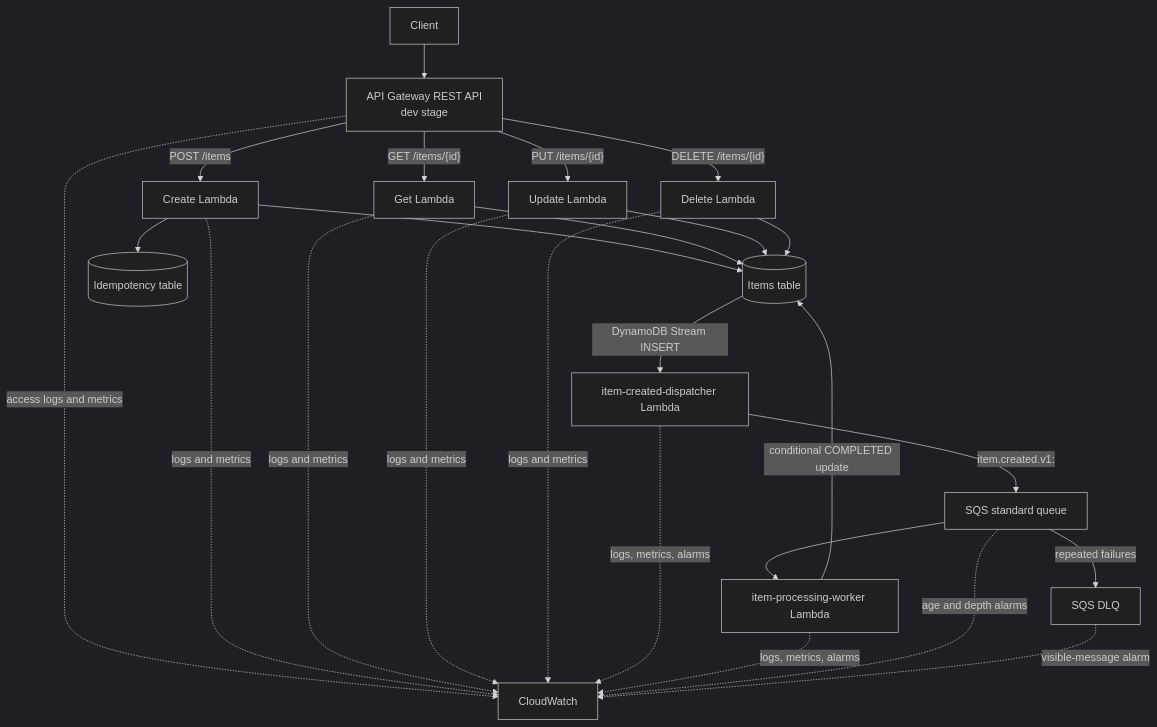
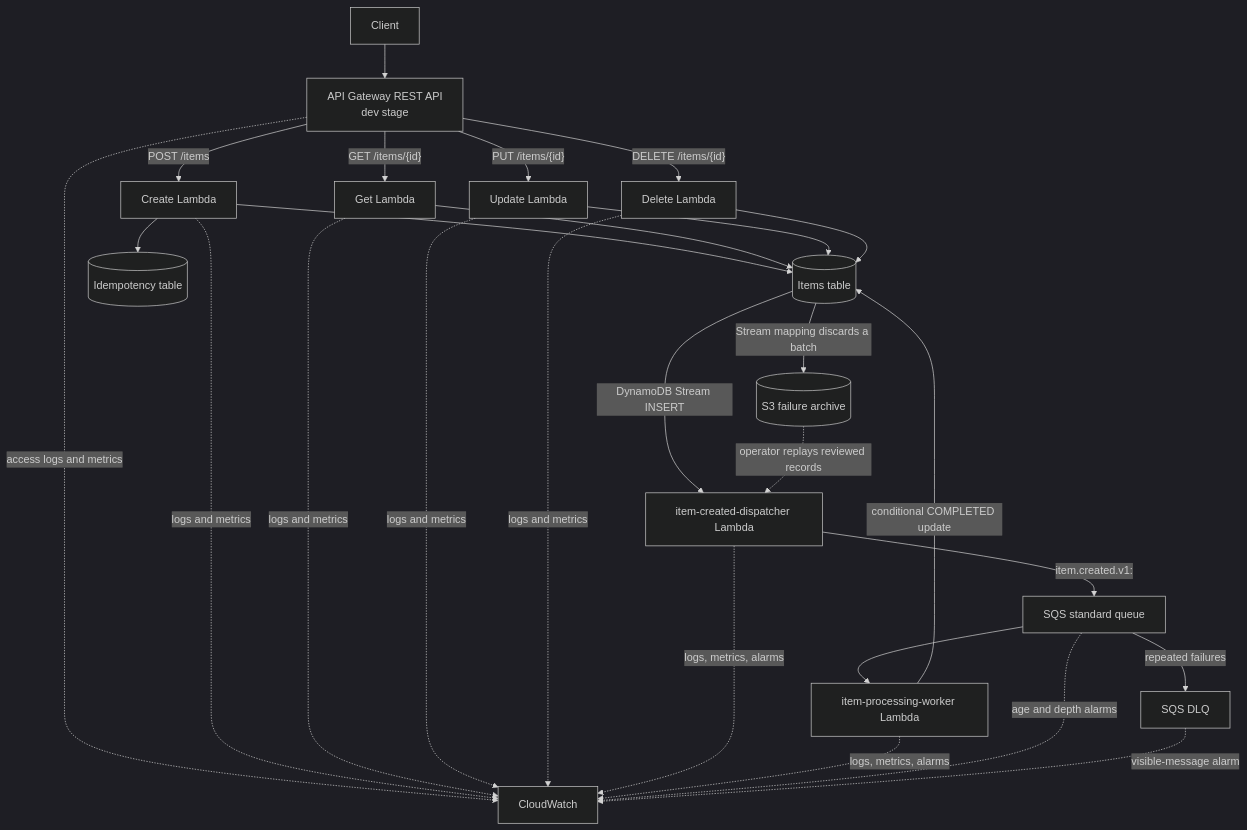
One commit to hongzz0618/aws-serverless-api-backend changed the diagram in README.md. Above: the diagram before and after it, drawn with Mermaid (dark theme). The commit also changed other lines of this file and 9 other files, not shown here.

Commit message:
feat(reliability): add DynamoDB Stream failure recovery

````diff
--- a/README.md
+++ b/README.md
@@ -24,31 +25,33 @@
 ```mermaid
 flowchart TB
     Client[Client] --> APIGW["API Gateway REST API<br/>dev stage"]
 
     APIGW -->|"POST /items"| Create["Create Lambda"]
     APIGW -->|"GET /items/{id}"| Get["Get Lambda"]
     APIGW -->|"PUT /items/{id}"| Update["Update Lambda"]
     APIGW -->|"DELETE /items/{id}"| Delete["Delete Lambda"]
 
     Create --> Items[("Items table")]
     Create --> Idempotency[("Idempotency table")]
     Get --> Items
     Update --> Items
     Delete --> Items
 
     Items -->|"DynamoDB Stream INSERT"| Dispatcher["item-created-dispatcher Lambda"]
+    Items -->|"Stream mapping discards a batch"| Archive[("S3 failure archive")]
+    Archive -. "operator replays reviewed records" .-> Dispatcher
     Dispatcher -->|"item.created.v1:<itemId>"| Queue["SQS standard queue"]
     Queue --> Worker["item-processing-worker Lambda"]
     Worker -->|"conditional COMPLETED update"| Items
     Queue -->|"repeated failures"| DLQ["SQS DLQ"]
 
     APIGW -. "access logs and metrics" .-> CloudWatch[CloudWatch]
     Create -. "logs and metrics" .-> CloudWatch
     Get -. "logs and metrics" .-> CloudWatch
     Update -. "logs and metrics" .-> CloudWatch
     Delete -. "logs and metrics" .-> CloudWatch
     Dispatcher -. "logs, metrics, alarms" .-> CloudWatch
     Worker -. "logs, metrics, alarms" .-> CloudWatch
     Queue -. "age and depth alarms" .-> CloudWatch
     DLQ -. "visible-message alarm" .-> CloudWatch
 ```
````
